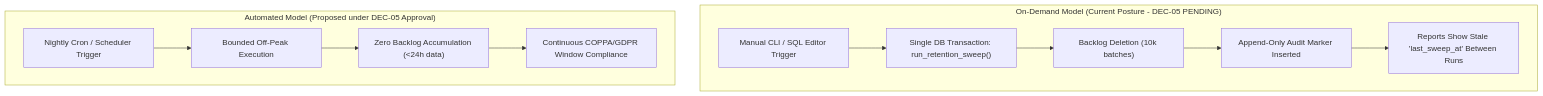
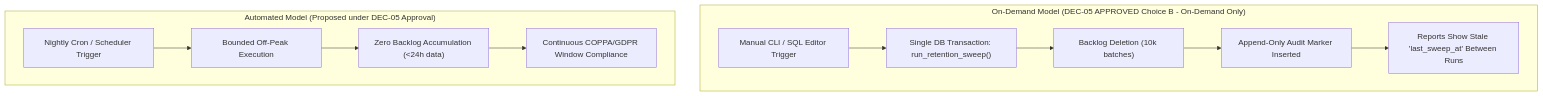
One commit to Shivadatt/parental_control changed the diagram in docs/implementation/phase-9-dec05-scheduler-retention-analysis.md. Above: the diagram before and after it, drawn with Mermaid. The commit also changed other lines of this file and 19 other files, not shown here.

````diff
--- a/docs/implementation/phase-9-dec05-scheduler-retention-analysis.md
+++ b/docs/implementation/phase-9-dec05-scheduler-retention-analysis.md
@@ -52,15 +53,15 @@
 ```mermaid
 flowchart TD
-    subgraph OnDemandExecution["On-Demand Model (Current Posture - DEC-05 PENDING)"]
+    subgraph OnDemandExecution["On-Demand Model (DEC-05 APPROVED Choice B - On-Demand Only)"]
         OD1["Manual CLI / SQL Editor Trigger"] --> OD2["Single DB Transaction: run_retention_sweep()"]
         OD2 --> OD3["Backlog Deletion (10k batches)"]
         OD3 --> OD4["Append-Only Audit Marker Inserted"]
         OD4 --> OD5["Reports Show Stale 'last_sweep_at' Between Runs"]
     end
 
     subgraph AutomatedExecution["Automated Model (Proposed under DEC-05 Approval)"]
         AU1["Nightly Cron / Scheduler Trigger"] --> AU2["Bounded Off-Peak Execution"]
         AU2 --> AU3["Zero Backlog Accumulation (<24h data)"]
         AU3 --> AU4["Continuous COPPA/GDPR Window Compliance"]
     end
 ```
````
